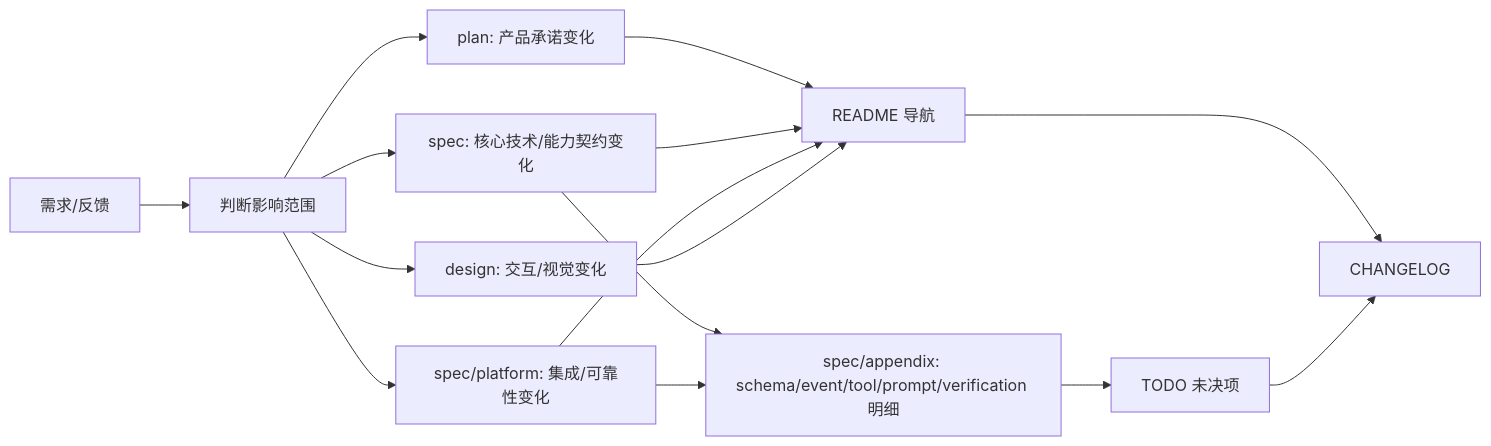
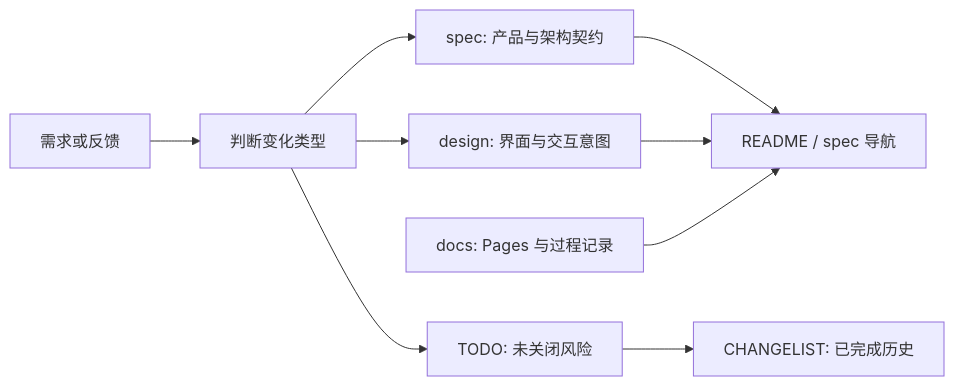
Before and after one commit to jinhuang712/jsonita: the diagram in WORKFLOW.md, drawn with Mermaid. The commit also changed other lines of this file and 70 other files, not shown here.

````diff
--- a/WORKFLOW.md
+++ b/WORKFLOW.md
@@ -7,17 +9,11 @@
 ```mermaid
 flowchart LR
-  Idea[需求/反馈] --> Classify[判断影响范围]
-  Classify --> Plan[plan: 产品承诺变化]
-  Classify --> Spec[spec: 核心技术/能力契约变化]
-  Classify --> Platform[spec/platform: 集成/可靠性变化]
-  Classify --> Design[design: 交互/视觉变化]
-  Spec --> Appendix[spec/appendix: schema/event/tool/prompt/verification 明细]
-  Platform --> Appendix
-  Plan --> Readme[README 导航]
-  Spec --> Readme
-  Platform --> Readme
+  Idea[需求或反馈] --> Classify[判断变化类型]
+  Classify --> Spec[spec: 产品与架构契约]
+  Classify --> Design[design: 界面与交互意图]
+  Classify --> Todo[TODO: 未关闭风险]
+  Spec --> Readme[README / spec 导航]
   Design --> Readme
-  Appendix --> Todo[TODO 未决项]
-  Readme --> Change[CHANGELOG]
-  Todo --> Change
+  Todo --> Change[CHANGELIST: 已完成历史]
+  Docs[docs: Pages 与过程记录] --> Readme
 ```
````
